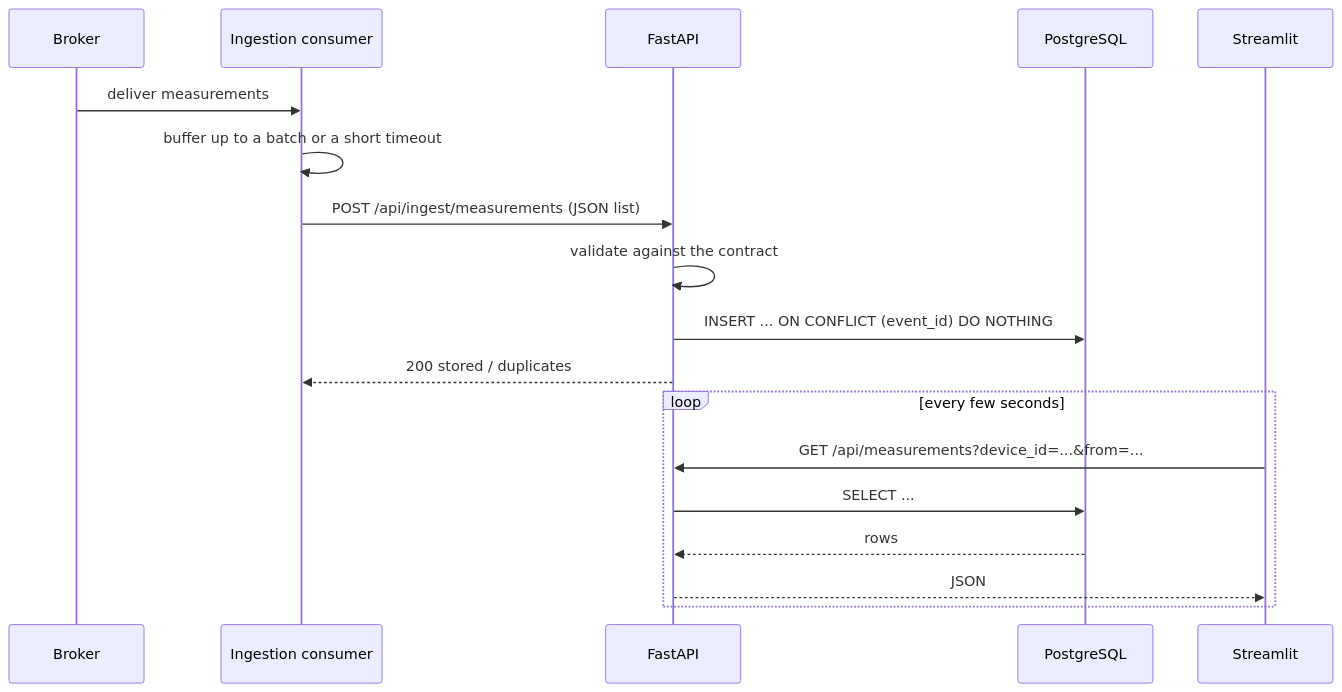
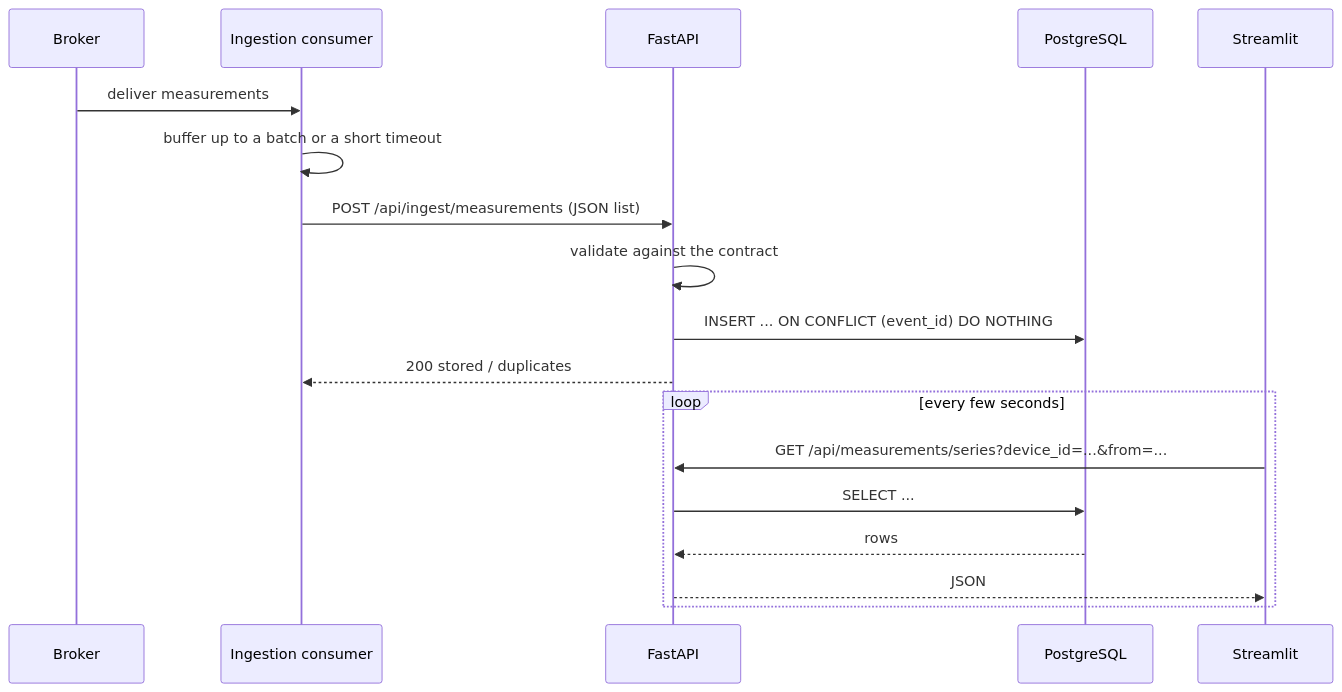
Before and after one commit to Mariojamjam/monitoring-mqtt: the third of 5 diagrams in docs/design.md, drawn with Mermaid. The commit also changed other lines of this file and 5 other files, not shown here.

````diff
--- a/docs/design.md
+++ b/docs/design.md
@@ -198,20 +201,20 @@
 ```mermaid
 sequenceDiagram
   participant B as Broker
   participant I as Ingestion consumer
   participant A as FastAPI
   participant DB as PostgreSQL
   participant S as Streamlit
   B->>I: deliver measurements
   I->>I: buffer up to a batch or a short timeout
   I->>A: POST /api/ingest/measurements (JSON list)
   A->>A: validate against the contract
   A->>DB: INSERT ... ON CONFLICT (event_id) DO NOTHING
   A-->>I: 200 stored / duplicates
   loop every few seconds
-    S->>A: GET /api/measurements?device_id=...&from=...
+    S->>A: GET /api/measurements/series?device_id=...&from=...
     A->>DB: SELECT ...
     DB-->>A: rows
     A-->>S: JSON
   end
 ```
````
